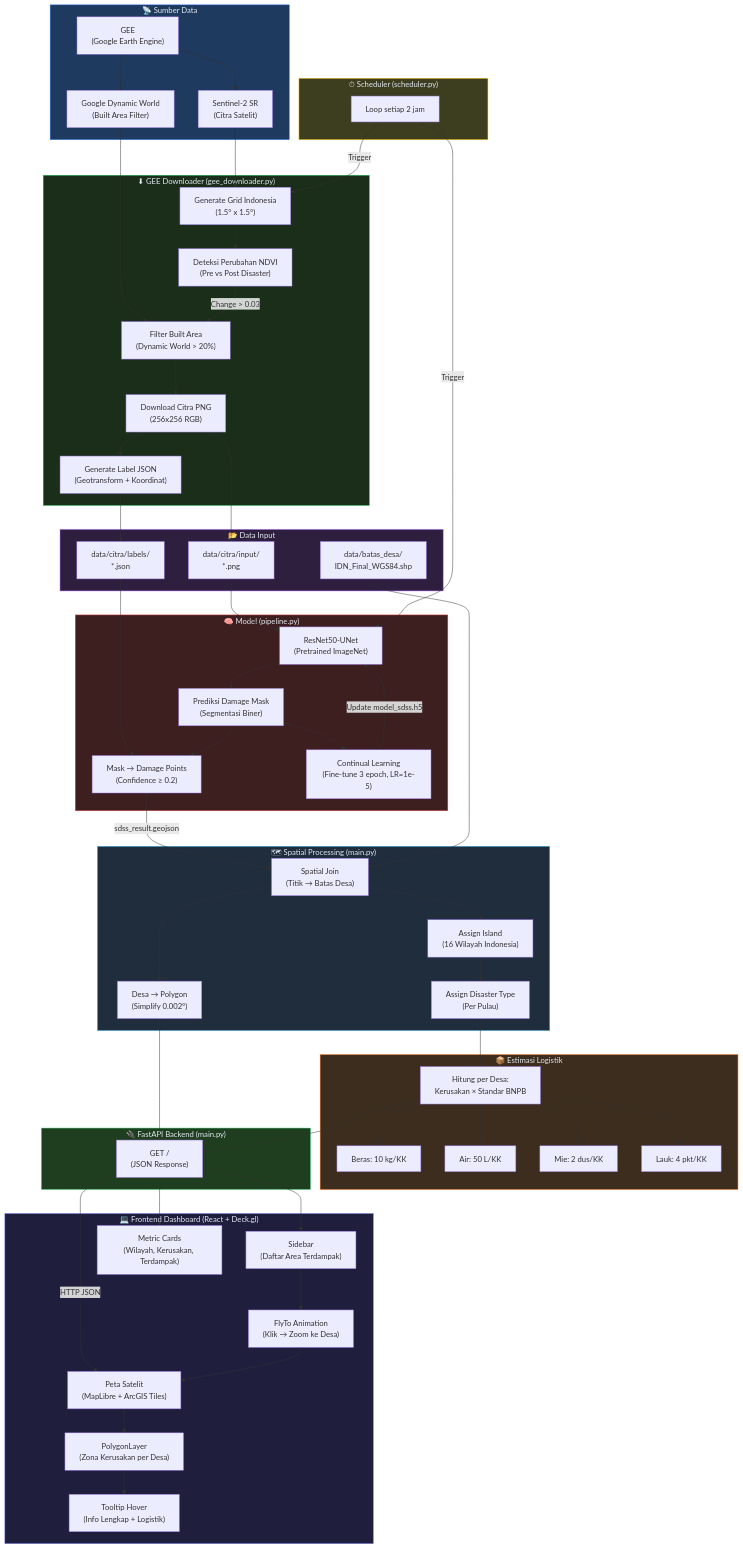
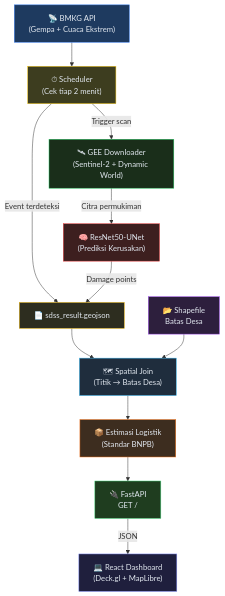
One commit to Akhelois/SDSS_Post-Disaster_Food_Logistics changed the diagram in system_architecture.md. Above: the diagram before and after it, drawn with Mermaid. The commit also changed other lines of this file and 9 other files, not shown here.

````diff
--- a/system_architecture.md
+++ b/system_architecture.md
@@ -5,116 +5,28 @@
 ```mermaid
 flowchart TD
-    subgraph DATA_SOURCE["📡 Sumber Data"]
-        GEE["GEE\n(Google Earth Engine)"]
-        DW["Google Dynamic World\n(Built Area Filter)"]
-        S2["Sentinel-2 SR\n(Citra Satelit)"]
-    end
+    BMKG["📡 BMKG API\n(Gempa + Cuaca Ekstrem)"] --> SCHEDULER["⏱ Scheduler\n(Cek tiap 2 menit)"]
+    
+    SCHEDULER -->|"Event terdeteksi"| GEOJSON["📄 sdss_result.geojson"]
+    SCHEDULER -->|"Trigger scan"| GEE["🛰 GEE Downloader\n(Sentinel-2 + Dynamic World)"]
+    
+    GEE -->|"Citra permukiman"| MODEL["🧠 ResNet50-UNet\n(Prediksi Kerusakan)"]
+    MODEL -->|"Damage points"| GEOJSON
+    
+    GEOJSON --> SPATIAL["🗺 Spatial Join\n(Titik → Batas Desa)"]
+    SHP["📂 Shapefile\nBatas Desa"] --> SPATIAL
+    
+    SPATIAL --> LOGISTIK["📦 Estimasi Logistik\n(Standar BNPB)"]
+    LOGISTIK --> API["🔌 FastAPI\nGET /"]
+    API -->|"JSON"| FRONTEND["💻 React Dashboard\n(Deck.gl + MapLibre)"]
 
-    subgraph DOWNLOADER["⬇ GEE Downloader (gee_downloader.py)"]
-        GRID["Generate Grid Indonesia\n(1.5° x 1.5°)"]
-        NDVI["Deteksi Perubahan NDVI\n(Pre vs Post Disaster)"]
-        FILTER["Filter Built Area\n(Dynamic World > 20%)"]
-        DL["Download Citra PNG\n(256x256 RGB)"]
-        LABEL["Generate Label JSON\n(Geotransform + Koordinat)"]
-    end
-
-    subgraph INPUT["📂 Data Input"]
-        IMG["data/citra/input/\n*.png"]
-        LBL["data/citra/labels/\n*.json"]
-        DESA_SHP["data/batas_desa/\nIDN_Final_WGS84.shp"]
-    end
-
-    subgraph MODEL["🧠 Model (pipeline.py)"]
-        RESNET["ResNet50-UNet\n(Pretrained ImageNet)"]
-        PREDICT["Prediksi Damage Mask\n(Segmentasi Biner)"]
-        M2P["Mask → Damage Points\n(Confidence ≥ 0.2)"]
-        CL["Continual Learning\n(Fine-tune 3 epoch, LR=1e-5)"]
-    end
-
-    subgraph SPATIAL["🗺 Spatial Processing (main.py)"]
-        SJOIN["Spatial Join\n(Titik → Batas Desa)"]
-        ISLAND["Assign Island\n(16 Wilayah Indonesia)"]
-        DISASTER["Assign Disaster Type\n(Per Pulau)"]
-        POLYGON["Desa → Polygon\n(Simplify 0.002°)"]
-    end
-
-    subgraph LOGISTICS["📦 Estimasi Logistik"]
-        CALC["Hitung per Desa:\nKerusakan × Standar BNPB"]
-        BERAS["Beras: 10 kg/KK"]
-        AIR["Air: 50 L/KK"]
-        MIE["Mie: 2 dus/KK"]
-        LAUK["Lauk: 4 pkt/KK"]
-    end
-
-    subgraph API["🔌 FastAPI Backend (main.py)"]
-        ENDPOINT["GET /\n(JSON Response)"]
-    end
-
-    subgraph FRONTEND["💻 Frontend Dashboard (React + Deck.gl)"]
-        MAP["Peta Satelit\n(MapLibre + ArcGIS Tiles)"]
-        POLY_LAYER["PolygonLayer\n(Zona Kerusakan per Desa)"]
-        SIDEBAR["Sidebar\n(Daftar Area Terdampak)"]
-        TOOLTIP["Tooltip Hover\n(Info Lengkap + Logistik)"]
-        FLYTO["FlyTo Animation\n(Klik → Zoom ke Desa)"]
-        METRICS["Metric Cards\n(Wilayah, Kerusakan, Terdampak)"]
-    end
-
-    subgraph SCHEDULER["⏱ Scheduler (scheduler.py)"]
-        CRON["Loop setiap 2 jam"]
-    end
-
-    %% Flow connections
-    GEE --> S2
-    GEE --> DW
-    S2 --> GRID
-    DW --> FILTER
-    GRID --> NDVI
-    NDVI -->|"Change > 0.03"| FILTER
-    FILTER --> DL
-    DL --> IMG
-    DL --> LABEL
-    LABEL --> LBL
-
-    IMG --> RESNET
-    LBL --> M2P
-    RESNET --> PREDICT
-    PREDICT --> M2P
-    M2P -->|"sdss_result.geojson"| SJOIN
-    PREDICT --> CL
-    CL -->|"Update model_sdss.h5"| RESNET
-
-    DESA_SHP --> SJOIN
-    SJOIN --> ISLAND
-    ISLAND --> DISASTER
-    SJOIN --> POLYGON
-
-    DISASTER --> CALC
-    POLYGON --> ENDPOINT
-    CALC --> ENDPOINT
-
-    CALC --> BERAS
-    CALC --> AIR
-    CALC --> MIE
-    CALC --> LAUK
-
-    ENDPOINT -->|"HTTP JSON"| MAP
-    ENDPOINT --> SIDEBAR
-    ENDPOINT --> METRICS
-    MAP --> POLY_LAYER
-    POLY_LAYER --> TOOLTIP
-    SIDEBAR --> FLYTO
-    FLYTO --> MAP
-
-    CRON -->|"Trigger"| GRID
-    CRON -->|"Trigger"| RESNET
-
-    style DATA_SOURCE fill:#1e3a5f,stroke:#3b82f6,color:#e2e8f0
-    style DOWNLOADER fill:#1a2e1a,stroke:#22c55e,color:#e2e8f0
-    style INPUT fill:#2d1f3d,stroke:#a855f7,color:#e2e8f0
+    style BMKG fill:#1e3a5f,stroke:#3b82f6,color:#e2e8f0
+    style SCHEDULER fill:#3d3d1f,stroke:#facc15,color:#e2e8f0
+    style GEE fill:#1a2e1a,stroke:#22c55e,color:#e2e8f0
     style MODEL fill:#3d1f1f,stroke:#ef4444,color:#e2e8f0
+    style GEOJSON fill:#2d2d1f,stroke:#eab308,color:#e2e8f0
+    style SHP fill:#2d1f3d,stroke:#a855f7,color:#e2e8f0
     style SPATIAL fill:#1f2d3d,stroke:#38bdf8,color:#e2e8f0
-    style LOGISTICS fill:#3d2d1f,stroke:#f97316,color:#e2e8f0
+    style LOGISTIK fill:#3d2d1f,stroke:#f97316,color:#e2e8f0
     style API fill:#1f3d1f,stroke:#4ade80,color:#e2e8f0
     style FRONTEND fill:#1f1f3d,stroke:#818cf8,color:#e2e8f0
-    style SCHEDULER fill:#3d3d1f,stroke:#facc15,color:#e2e8f0
 ```
````
